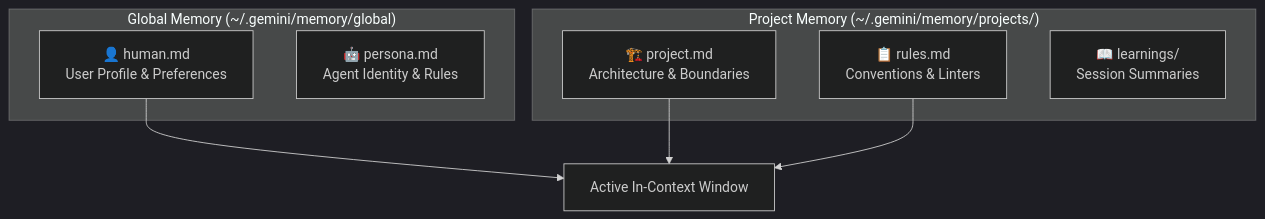
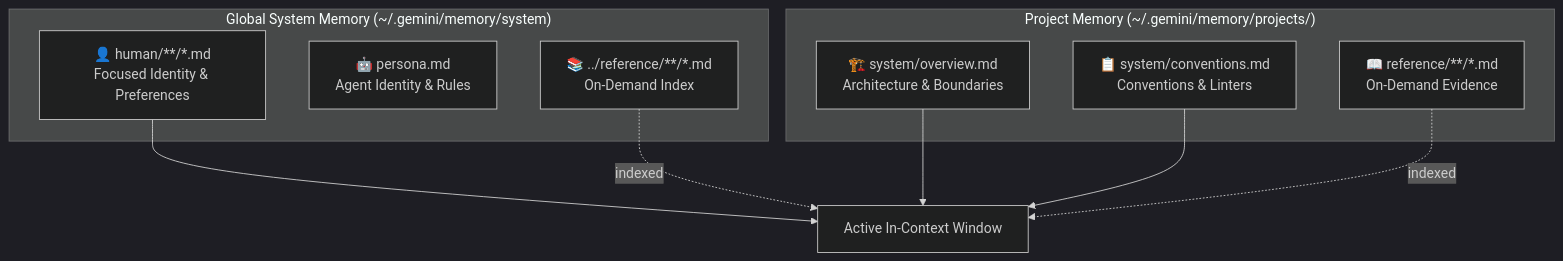
One commit to mahirocoko/agy-memory-layer changed the diagram in plugins/agy-memory-layer/skills/palace/SKILL.md. Above: the diagram before and after it, drawn with Mermaid (dark theme). The commit also changed other lines of this file and 50 other files, not shown here.

````diff
--- a/plugins/agy-memory-layer/skills/palace/SKILL.md
+++ b/plugins/agy-memory-layer/skills/palace/SKILL.md
@@ -31,17 +31,20 @@
 ```mermaid
 graph TD
-    subgraph GlobalMemory["Global Memory (~/.gemini/memory/global)"]
-        HUMAN["👤 human.md<br/>User Profile & Preferences"]
+    subgraph GlobalMemory["Global System Memory (~/.gemini/memory/system)"]
+        HUMAN["👤 human/**/*.md<br/>Focused Identity & Preferences"]
         PERSONA["🤖 persona.md<br/>Agent Identity & Rules"]
+        GLOBALREF["📚 ../reference/**/*.md<br/>On-Demand Index"]
     end
     
     subgraph ProjectMemory["Project Memory (~/.gemini/memory/projects/<slug>)"]
-        PROJECT["🏗️ project.md<br/>Architecture & Boundaries"]
-        RULES["📋 rules.md<br/>Conventions & Linters"]
-        LEARNINGS["📖 learnings/<br/>Session Summaries"]
+        PROJECT["🏗️ system/overview.md<br/>Architecture & Boundaries"]
+        RULES["📋 system/conventions.md<br/>Conventions & Linters"]
+        REFERENCES["📖 reference/**/*.md<br/>On-Demand Evidence"]
     end
     
     HUMAN --> AGENT_PROMPT["Active In-Context Window"]
     PROJECT --> AGENT_PROMPT
     RULES --> AGENT_PROMPT
+    GLOBALREF -. indexed .-> AGENT_PROMPT
+    REFERENCES -. indexed .-> AGENT_PROMPT
 ```
````
